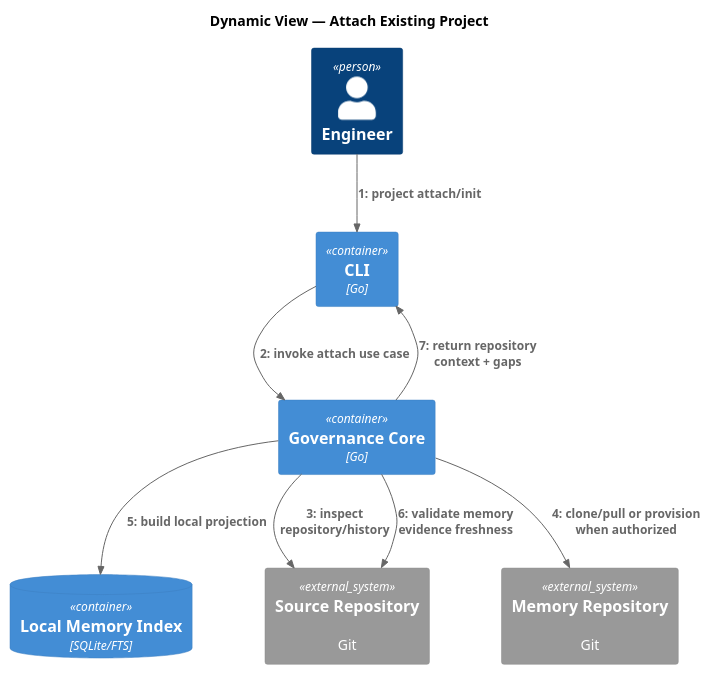
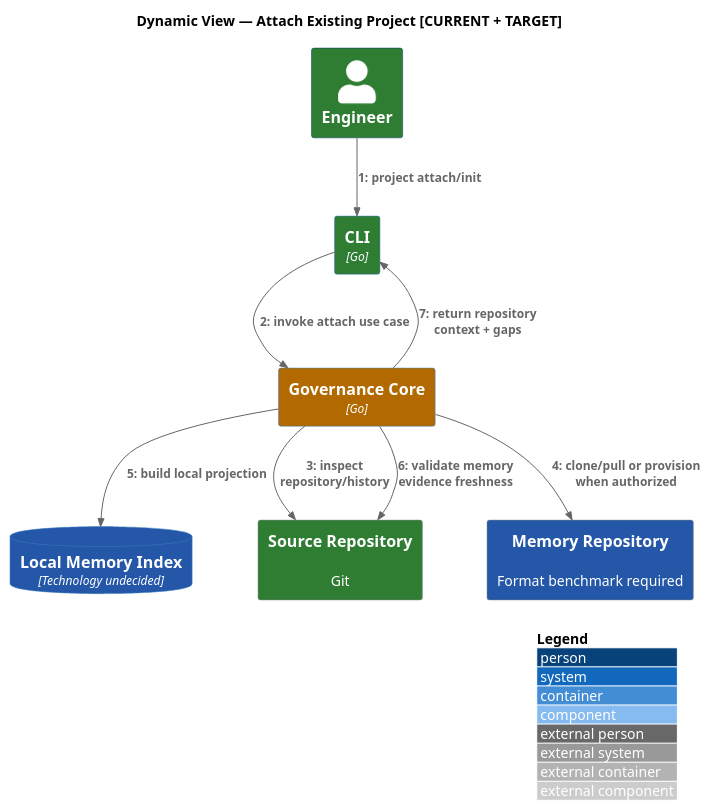
Before and after one commit to Eu-Pedro0ficial/praetor: the diagram in docs/architecture/src/docs/arc42/diagrams/dynamic-project-attach.puml, drawn with PlantUML. The commit also changed 55 other files, not shown here.

Commit message:
docs: reconcile roadmap v2 and architecture traceability

```diff
--- a/docs/architecture/src/docs/arc42/diagrams/dynamic-project-attach.puml
+++ b/docs/architecture/src/docs/arc42/diagrams/dynamic-project-attach.puml
@@ -1,17 +1,21 @@
 @startuml
 !include <C4/C4_Dynamic>
-title Dynamic View — Attach Existing Project
-Person(engineer, "Engineer")
-Container(cli, "CLI", "Go")
-Container(core, "Governance Core", "Go")
-ContainerDb(index, "Local Memory Index", "SQLite/FTS")
-System_Ext(src, "Source Repository", "Git")
-System_Ext(mem, "Memory Repository", "Git")
+AddElementTag("AS-IS", $bgColor="#2E7D32", $fontColor="#FFFFFF", $legendText="AS-IS")
+AddElementTag("PARTIAL", $bgColor="#B26A00", $fontColor="#FFFFFF", $legendText="PARTIAL")
+AddElementTag("TARGET", $bgColor="#2457A7", $fontColor="#FFFFFF", $legendText="TARGET")
+LAYOUT_WITH_LEGEND()
+title Dynamic View — Attach Existing Project [CURRENT + TARGET]
+Person(engineer, "Engineer", $tags="AS-IS")
+Container(cli, "CLI", "Go", $tags="AS-IS")
+Container(core, "Governance Core", "Go", $tags="PARTIAL")
+ContainerDb(index, "Local Memory Index", "Technology undecided", $tags="TARGET")
+System_Ext(src, "Source Repository", "Git", $tags="AS-IS")
+System_Ext(mem, "Memory Repository", "Format benchmark required", $tags="TARGET")
 RelIndex(1, engineer, cli, "project attach/init")
 RelIndex(2, cli, core, "invoke attach use case")
 RelIndex(3, core, src, "inspect repository/history")
 RelIndex(4, core, mem, "clone/pull or provision when authorized")
 RelIndex(5, core, index, "build local projection")
 RelIndex(6, core, src, "validate memory evidence freshness")
 RelIndex(7, core, cli, "return repository context + gaps")
 @enduml
```
